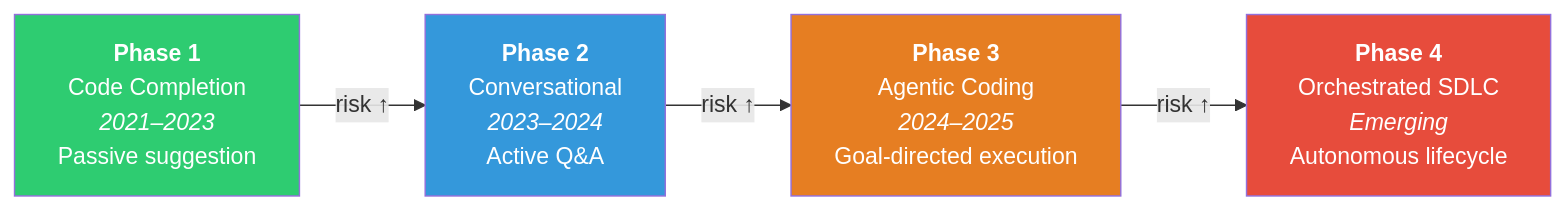
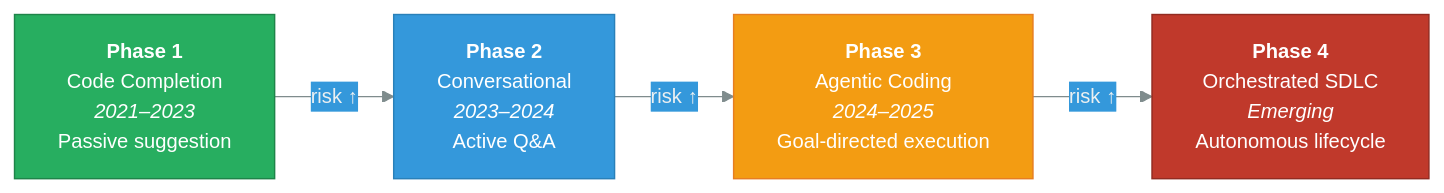
The diagram in handbook/ch02-the-ai-native-landscape.qmd (danielmeppiel/agentic-sdlc-handbook), drawn with Mermaid before and after one commit. The commit also changed 20 other files, not shown here.

First line of the commit message:
feat: add accessibility metadata and consistent theme to all 35 diagrams

````diff
--- a/handbook/ch02-the-ai-native-landscape.qmd
+++ b/handbook/ch02-the-ai-native-landscape.qmd
@@ -41,15 +41,19 @@
 ```{mermaid}
 %%| fig-width: 4.5
+%%| fig-cap: "Four phases of AI-assisted development evolution"
+%%| fig-alt: "A left-to-right flowchart showing four phases of AI evolution connected by arrows labeled 'risk up'. Phase 1 is Code Completion (2021–2023, passive suggestion). Phase 2 is Conversational (2023–2024, active Q&A). Phase 3 is Agentic Coding (2024–2025, goal-directed execution). Phase 4 is Orchestrated SDLC (emerging, autonomous lifecycle). Phases progress from low risk in green through medium in blue and high in orange to very high risk in red."
+%%| label: fig-ai-evolution
+%%{init: {'theme': 'base', 'themeVariables': {'primaryColor': '#2c3e50', 'primaryTextColor': '#ecf0f1', 'primaryBorderColor': '#34495e', 'lineColor': '#7f8c8d', 'secondaryColor': '#3498db', 'tertiaryColor': '#ecf0f1', 'fontSize': '14px'}}}%%
 flowchart LR
     P1["<b>Phase 1</b><br/>Code Completion<br/><em>2021–2023</em><br/>Passive suggestion"]
     P2["<b>Phase 2</b><br/>Conversational<br/><em>2023–2024</em><br/>Active Q&A"]
     P3["<b>Phase 3</b><br/>Agentic Coding<br/><em>2024–2025</em><br/>Goal-directed execution"]
     P4["<b>Phase 4</b><br/>Orchestrated SDLC<br/><em>Emerging</em><br/>Autonomous lifecycle"]
 
     P1 -->|"risk ↑"| P2 -->|"risk ↑"| P3 -->|"risk ↑"| P4
 
-    style P1 fill:#2ecc71,color:#fff
-    style P2 fill:#3498db,color:#fff
-    style P3 fill:#e67e22,color:#fff
-    style P4 fill:#e74c3c,color:#fff
+    style P1 fill:#27ae60,stroke:#1e8449,color:#fff
+    style P2 fill:#3498db,stroke:#2980b9,color:#fff
+    style P3 fill:#f39c12,stroke:#e67e22,color:#fff
+    style P4 fill:#c0392b,stroke:#922b21,color:#fff
 ```
````
